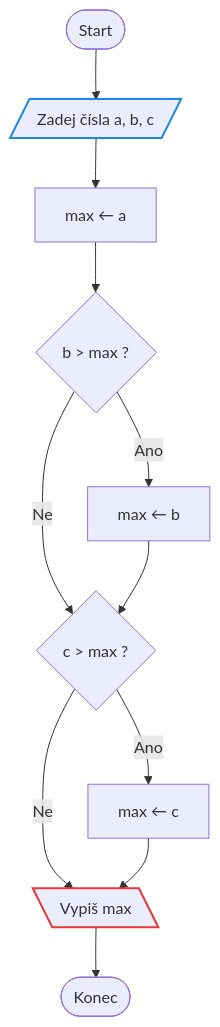
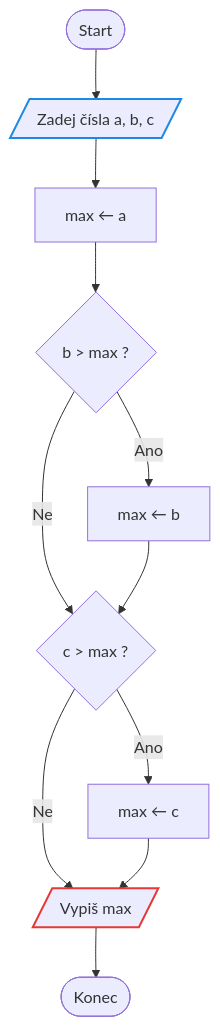
Before and after one commit to zeman-delta/Prvaci2026: diagram 13 of 15 in 3Hodina/reseni.md, drawn with Mermaid. The commit also changed other lines of this file and 1 other file, not shown here.

````diff
--- a/3Hodina/reseni.md
+++ b/3Hodina/reseni.md
@@ -313,18 +313,18 @@
 ```mermaid
 flowchart TD
     S([Start]) --> V[/"Zadej čísla a, b, c"/]
     V --> P["max ← a"]
     P --> D1{"b > max ?"}
     D1 -->|Ano| A1["max ← b"]
     D1 -->|Ne| D2{"c > max ?"}
     A1 --> D2
     D2 -->|Ano| A2["max ← c"]
-    D2 -->|Ne| O[\"Vypiš max"\]
+    D2 -->|Ne| O[/"Vypiš max"/]
     A2 --> O
     O --> K([Konec])
 
     classDef vstup stroke:#1e88e5,stroke-width:2px
     classDef vystup stroke:#e53935,stroke-width:2px
     class V vstup
     class O vystup
 ```
````
